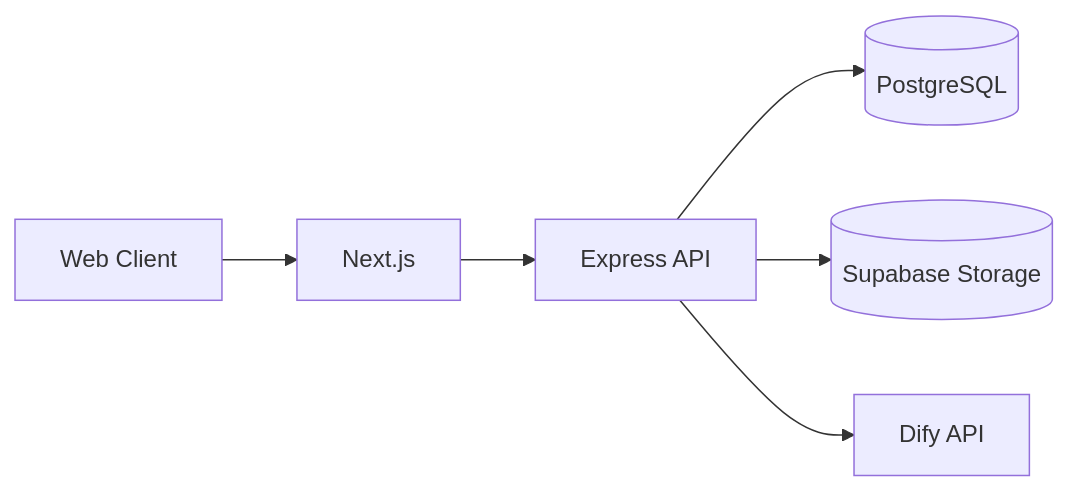
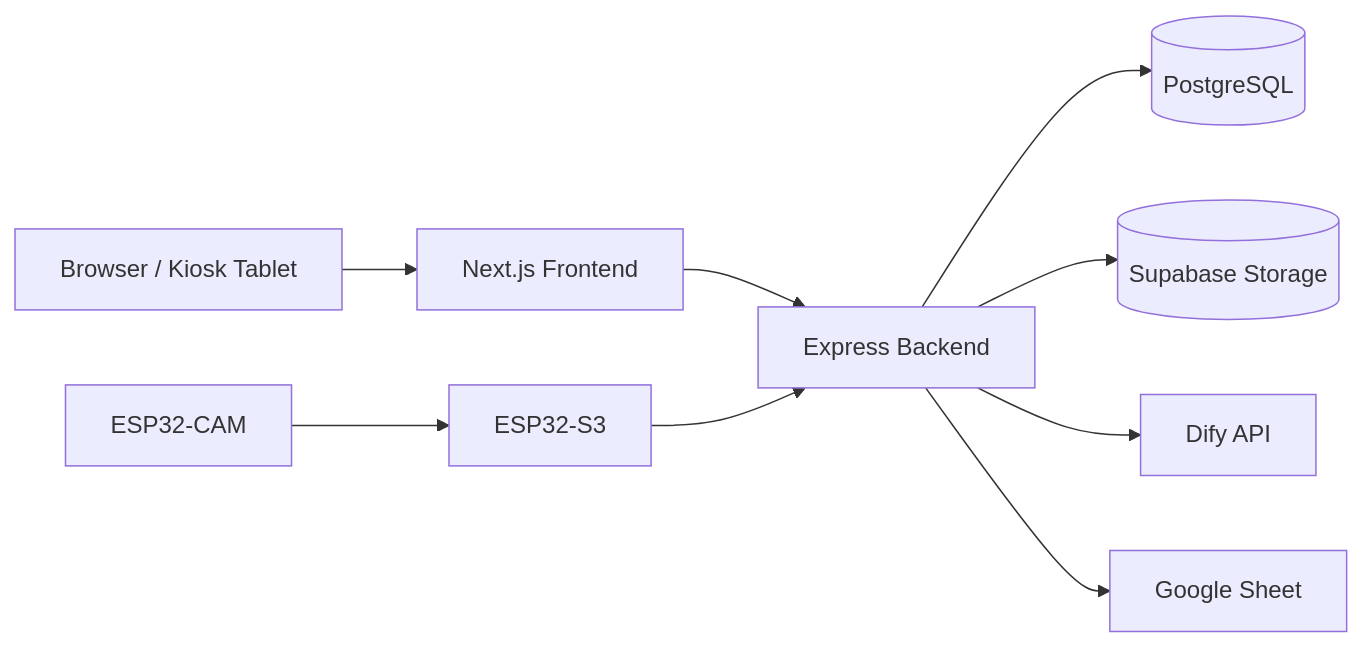
The third of 3 diagrams in README.md (PUNteerased/Khrong-ngan), drawn with Mermaid before and after one commit. The commit also changed other lines of this file, not shown here.

````diff
--- a/README.md
+++ b/README.md
@@ -110,8 +855,11 @@
 ```mermaid
 flowchart LR
-  Client[Web Client] --> Frontend[Next.js]
-  Frontend --> Backend[Express API]
-  Backend --> Postgres[(PostgreSQL)]
-  Backend --> Storage[(Supabase Storage)]
-  Backend --> Dify[Dify API]
+  Client[Browser / Kiosk Tablet] --> FE[Next.js Frontend]
+  FE --> API[Express Backend]
+  API --> DB[(PostgreSQL)]
+  API --> Storage[(Supabase Storage)]
+  API --> Dify[Dify API]
+  API --> Sheet[Google Sheet]
+  S3[ESP32-S3] --> API
+  CAM[ESP32-CAM] --> S3
 ```
````
